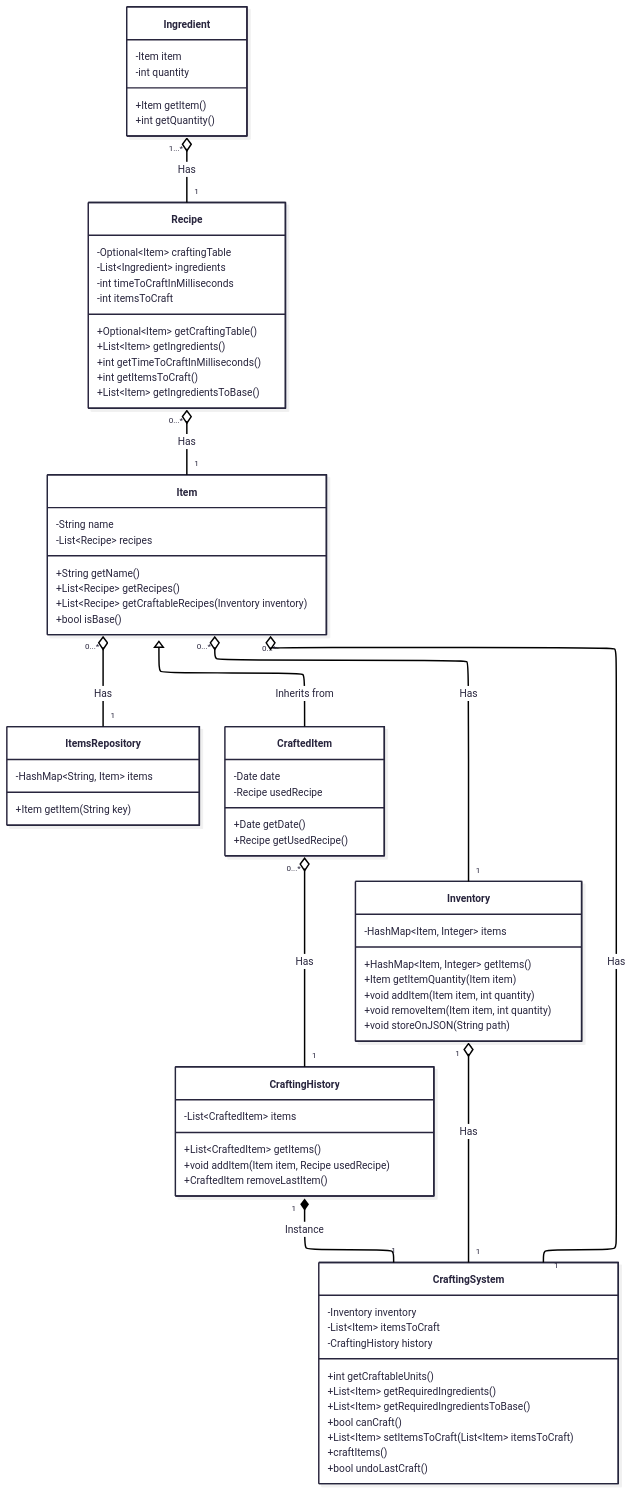
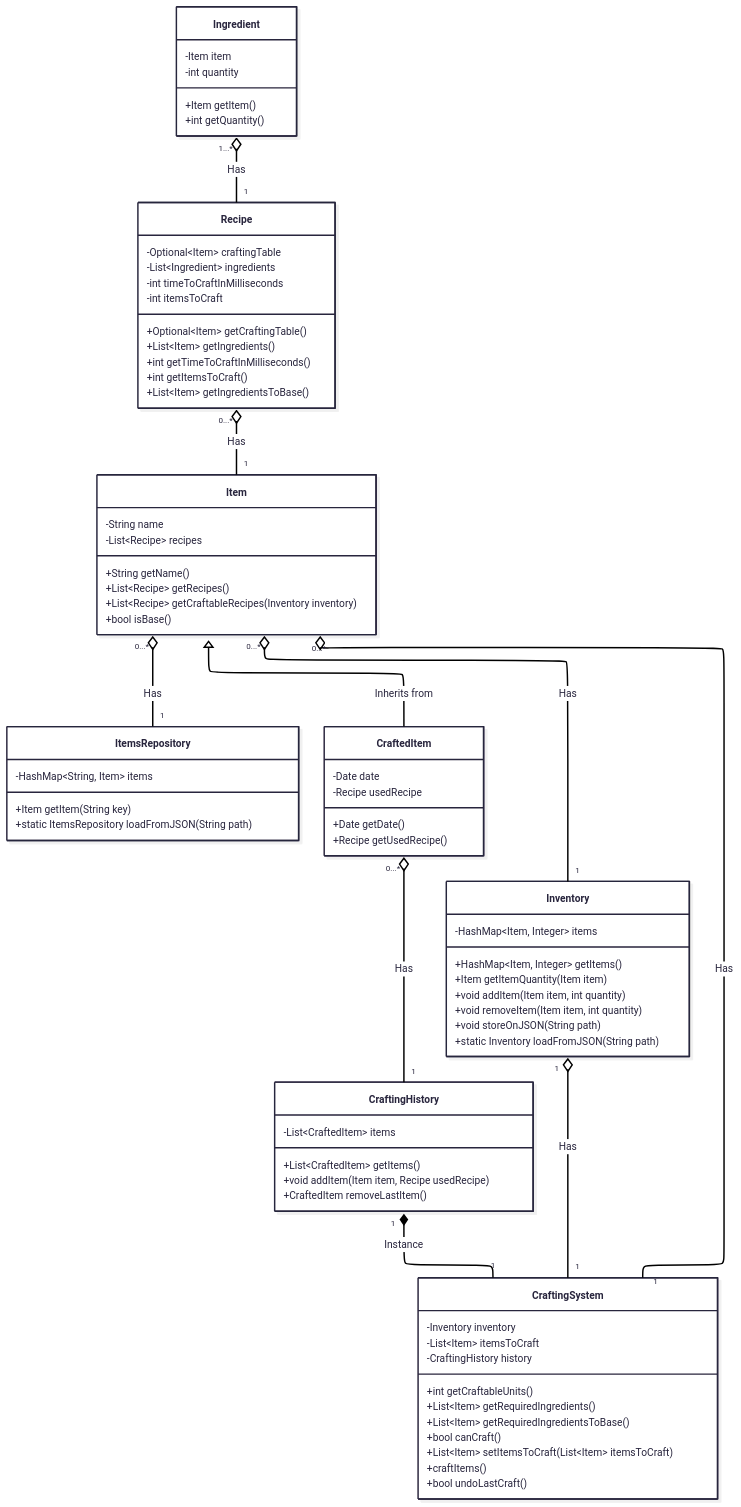
The first of 2 diagrams in README.md (hozlucas28/Java-Practical-Work-2025), drawn with Mermaid before and after one commit.

Commit message:
doc: update class diagram

```diff
--- a/README.md
+++ b/README.md
@@ -108,6 +108,7 @@
 	    -HashMap~String, Item~ items
 
 	    +Item getItem(String key)
+        +static ItemsRepository loadFromJSON(String path)
     }
 
     class Item {
@@ -141,6 +142,7 @@
 	    +void addItem(Item item, int quantity)
 	    +void removeItem(Item item, int quantity)
         +void storeOnJSON(String path)
+        +static Inventory loadFromJSON(String path)
     }
 
     class CraftedItem {
```
